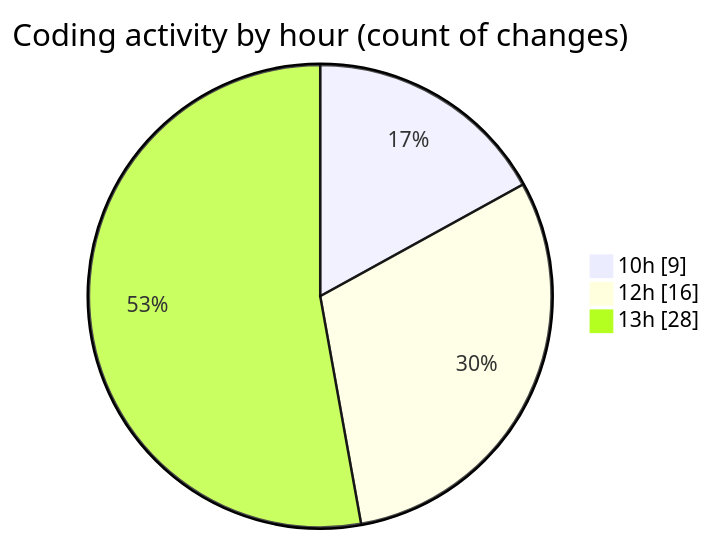
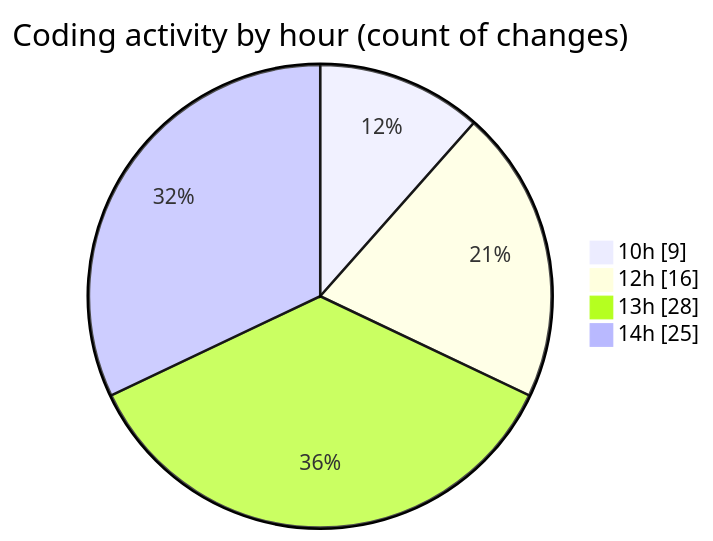
Before and after one commit to momahboobian/code-tracking: the second of 2 diagrams in 2025-10-28/cda/README.md, drawn with Mermaid. The commit also changed other lines of this file and 1 other file, not shown here.

````diff
--- a/2025-10-28/cda/README.md
+++ b/2025-10-28/cda/README.md
@@ -50,7 +71,8 @@
 ```mermaid
 pie showData
 title Coding activity by hour (count of changes)
 "10h" : 9
 "12h" : 16
 "13h" : 28
+"14h" : 25
 ```
````
